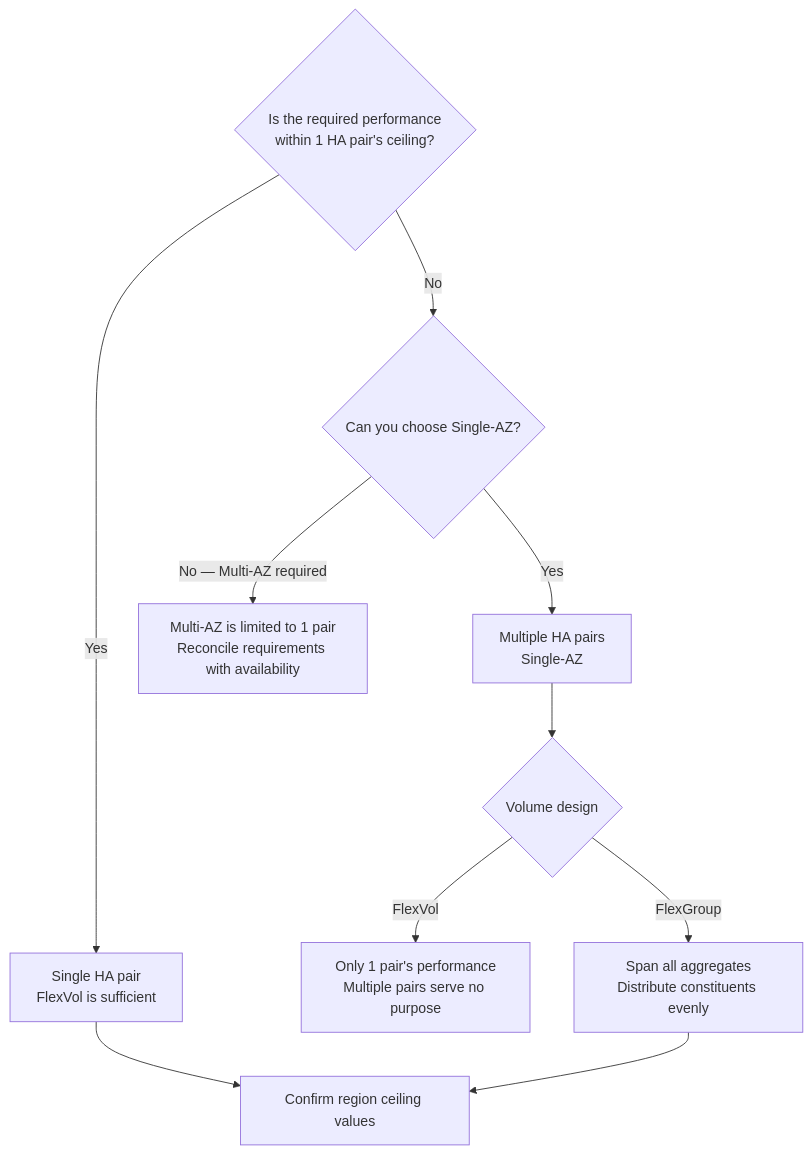
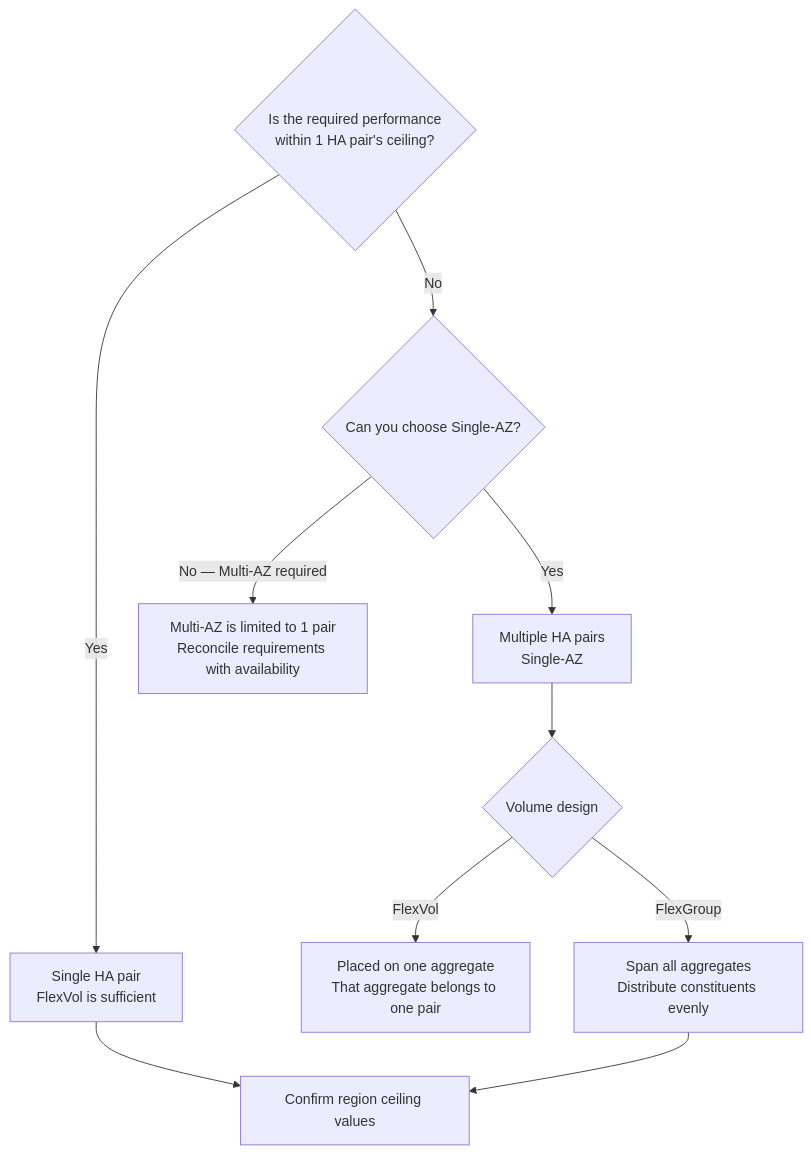
One commit to Yoshiki0705/FSx-for-ONTAP-Adoption-Playbook changed the diagram in docs/en/domains/performance/notes/where-throughput-is-determined-and-shared.md. Above: the diagram before and after it, drawn with Mermaid. The commit also changed other lines of this file and 28 other files, not shown here.

````diff
--- a/docs/en/domains/performance/notes/where-throughput-is-determined-and-shared.md
+++ b/docs/en/domains/performance/notes/where-throughput-is-determined-and-shared.md
@@ -146,15 +146,15 @@
 ```mermaid
 graph TD
     Q{Is the required performance<br/>within 1 HA pair's ceiling?} -->|Yes| ONE[Single HA pair<br/>FlexVol is sufficient]
     Q -->|No| MULTI{Can you choose Single-AZ?}
 
     MULTI -->|Yes| MP[Multiple HA pairs<br/>Single-AZ]
     MULTI -->|No — Multi-AZ required| CAP[Multi-AZ is limited to 1 pair<br/>Reconcile requirements with availability]
 
     MP --> VOL{Volume design}
-    VOL -->|FlexVol| WARN[Only 1 pair's performance<br/>Multiple pairs serve no purpose]
+    VOL -->|FlexVol| WARN[Placed on one aggregate<br/>That aggregate belongs to one pair]
     VOL -->|FlexGroup| BAL[Span all aggregates<br/>Distribute constituents evenly]
 
     ONE --> REG[Confirm region ceiling values]
     BAL --> REG
 ```
````
